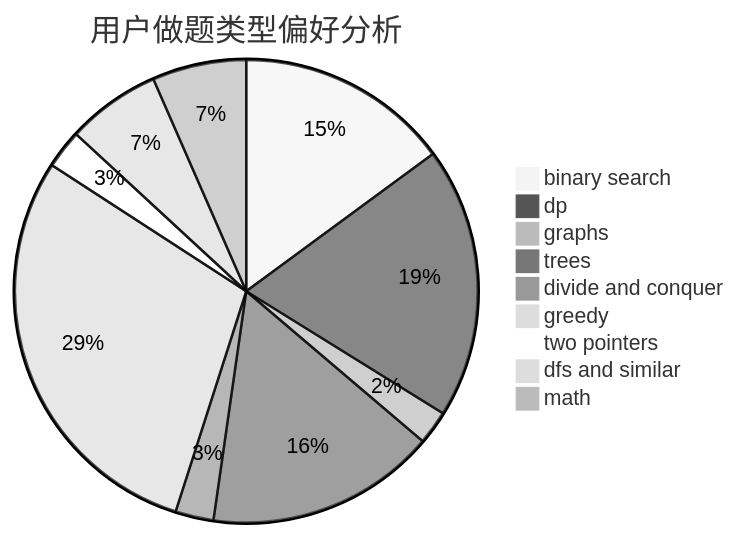
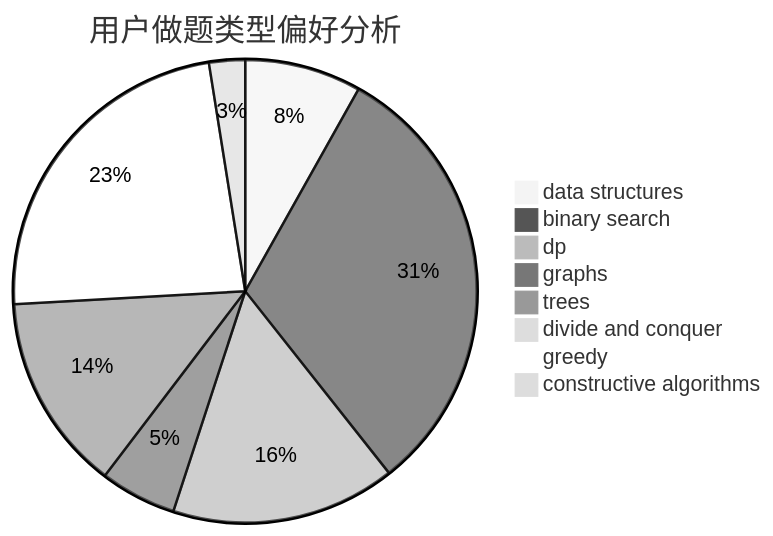
The second of 3 diagrams in docs/user/u2385.md (sherpahu/cfrs.github.io), drawn with Mermaid (neutral theme) before and after one commit. The commit also changed other lines of this file and 2775 other files, not shown here.

````diff
--- a/docs/user/u2385.md
+++ b/docs/user/u2385.md
@@ -23,12 +23,11 @@
 ```mermaid
 pie title 用户做题类型偏好分析
-    "binary search" :  352
-    "dp" :  447
-    "graphs" :  56
-    "trees" :  379
-    "divide and conquer" :  63
-    "greedy" :  690
-    "two pointers" :  64
-    "dfs and similar" :  155
-    "math" :  155
+    "data structures" :  55
+    "binary search" :  211
+    "dp" :  106
+    "graphs" :  36
+    "trees" :  93
+    "divide and conquer" :  0
+    "greedy" :  158
+    "constructive algorithms" :  17
 ```
````
